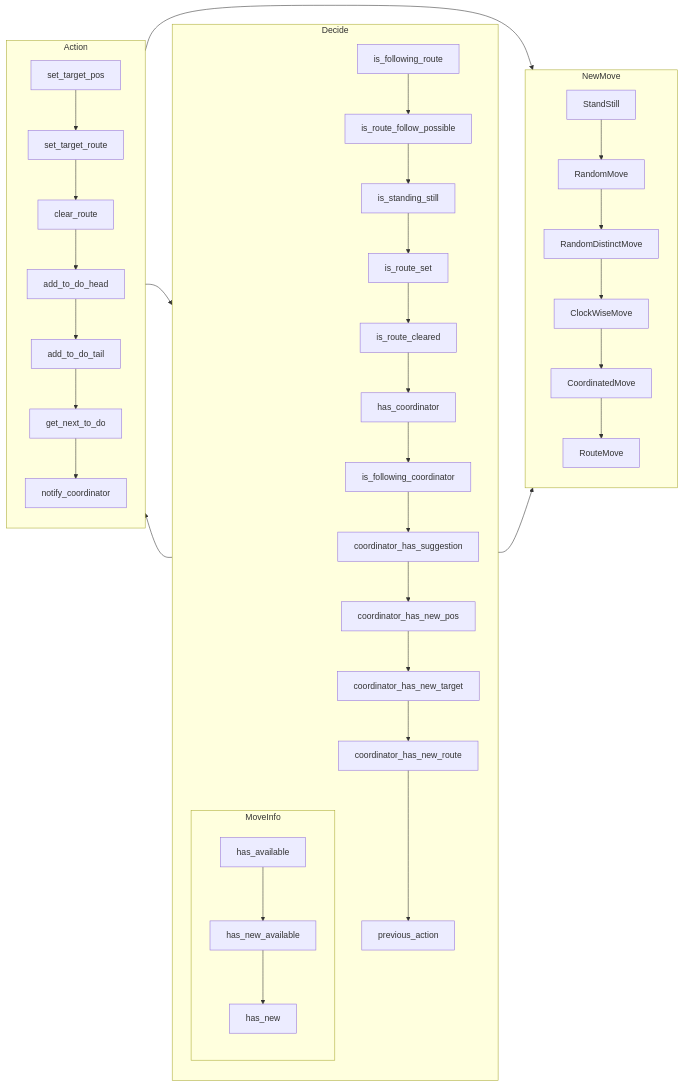
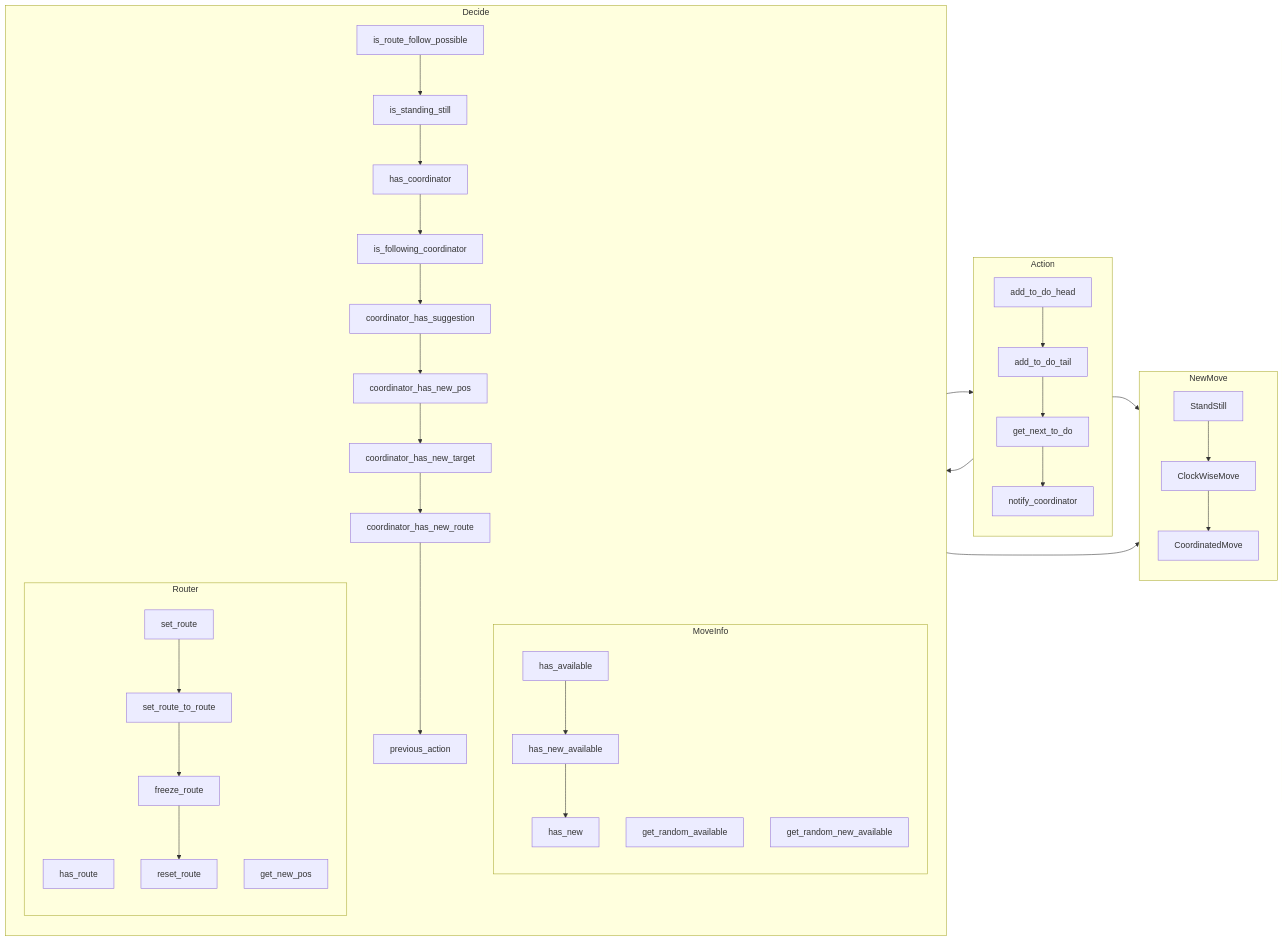
The tenth of 10 diagrams in hello_maze/readme.md (fvbakel/brilliant), drawn with Mermaid before and after one commit. The commit also changed 1 other file, not shown here.

Commit message:
Delegate subtasks to sub objects

````diff
--- a/hello_maze/readme.md
+++ b/hello_maze/readme.md
@@ -324,53 +324,68 @@
 ```mermaid
 flowchart LR
 
     subgraph Decide
         direction TB
         subgraph MoveInfo
             direction TB
             has_available --> 
             has_new_available --> 
             has_new
         end
-        is_following_route -->
+
+        subgraph Router
+            direction TB
+            has_route
+        end
+        
         is_route_follow_possible -->
         is_standing_still -->
-        is_route_set -->
-        is_route_cleared -->
+        
         has_coordinator -->
         is_following_coordinator -->
         coordinator_has_suggestion -->
         coordinator_has_new_pos -->
         coordinator_has_new_target -->
         coordinator_has_new_route  -->
         previous_action
     end
 
     subgraph Action
         direction TB
-        set_target_pos -->
-        set_target_route --> 
-        clear_route -->
+        subgraph Router
+            direction TB
+            set_route -->
+            set_route_to_route --> 
+            freeze_route -->
+            reset_route
+        end
+
         add_to_do_head -->
         add_to_do_tail -->
         get_next_to_do -->
         notify_coordinator
     end
 
     subgraph NewMove
         direction TB
+        subgraph Router
+            direction TB
+            get_new_pos
+        end
+        subgraph MoveInfo
+            direction TB
+            get_random_available
+            get_random_new_available
+        end
         StandStill -->
-        RandomMove -->
-        RandomDistinctMove -->
         ClockWiseMove -->
-        CoordinatedMove -->
-        RouteMove
+        CoordinatedMove
     end
     
     
     Decide --> Action
     Action --> Decide
     Action --> NewMove
     Decide --> NewMove
 
 ```
````
